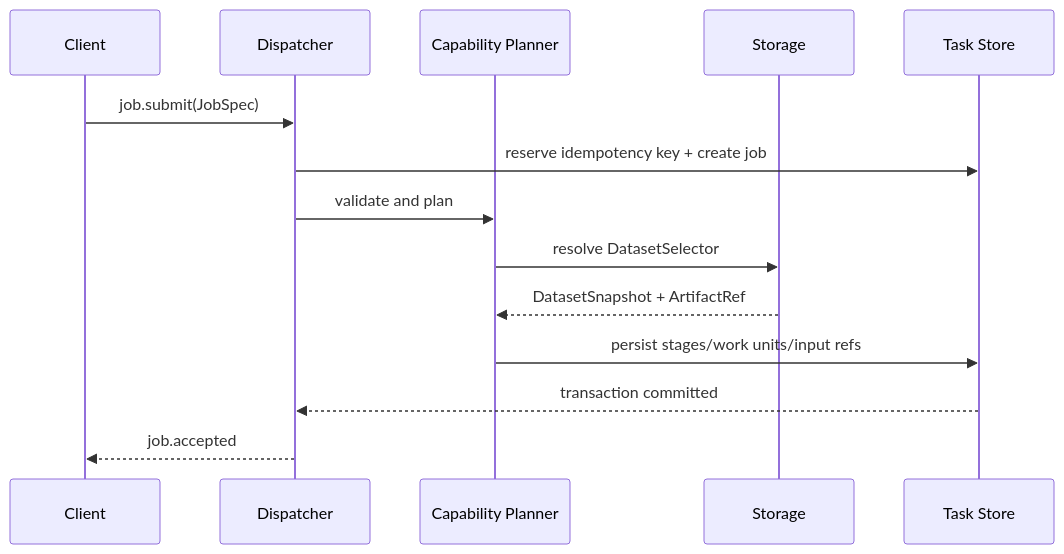
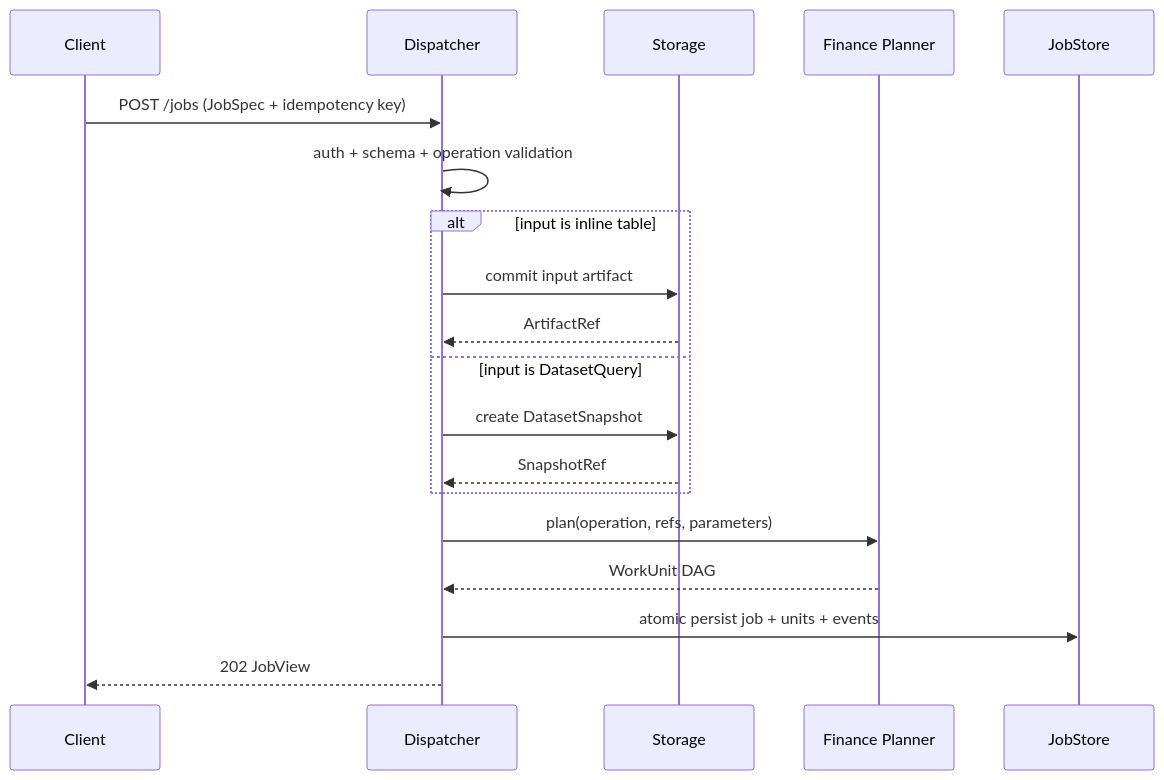
One commit to RESBI/StockStatistic changed the second of 4 diagrams in V31design/designV31/DESIGN_ARCH_DISPATCHER_V31.md. Above: the diagram before and after it, drawn with Mermaid. The commit also changed other lines of this file and 18 other files, not shown here.

Commit message:
V3.1 docs: finalize architecture and delivery plan

````diff
--- a/V31design/designV31/DESIGN_ARCH_DISPATCHER_V31.md
+++ b/V31design/designV31/DESIGN_ARCH_DISPATCHER_V31.md
@@ -170,17 +110,22 @@
 ```mermaid
 sequenceDiagram
     participant C as Client
     participant D as Dispatcher
-    participant P as Capability Planner
     participant S as Storage
-    participant DB as Task Store
+    participant P as Finance Planner
+    participant DB as JobStore
 
-    C->>D: job.submit(JobSpec)
-    D->>DB: reserve idempotency key + create job
-    D->>P: validate and plan
-    P->>S: resolve DatasetSelector
-    S-->>P: DatasetSnapshot + ArtifactRef
-    P->>DB: persist stages/work units/input refs
-    DB-->>D: transaction committed
-    D-->>C: job.accepted
+    C->>D: POST /jobs (JobSpec + idempotency key)
+    D->>D: auth + schema + operation validation
+    alt input is inline table
+        D->>S: commit input artifact
+        S-->>D: ArtifactRef
+    else input is DatasetQuery
+        D->>S: create DatasetSnapshot
+        S-->>D: SnapshotRef
+    end
+    D->>P: plan(operation, refs, parameters)
+    P-->>D: WorkUnit DAG
+    D->>DB: atomic persist job + units + events
+    D-->>C: 202 JobView
 ```
````
